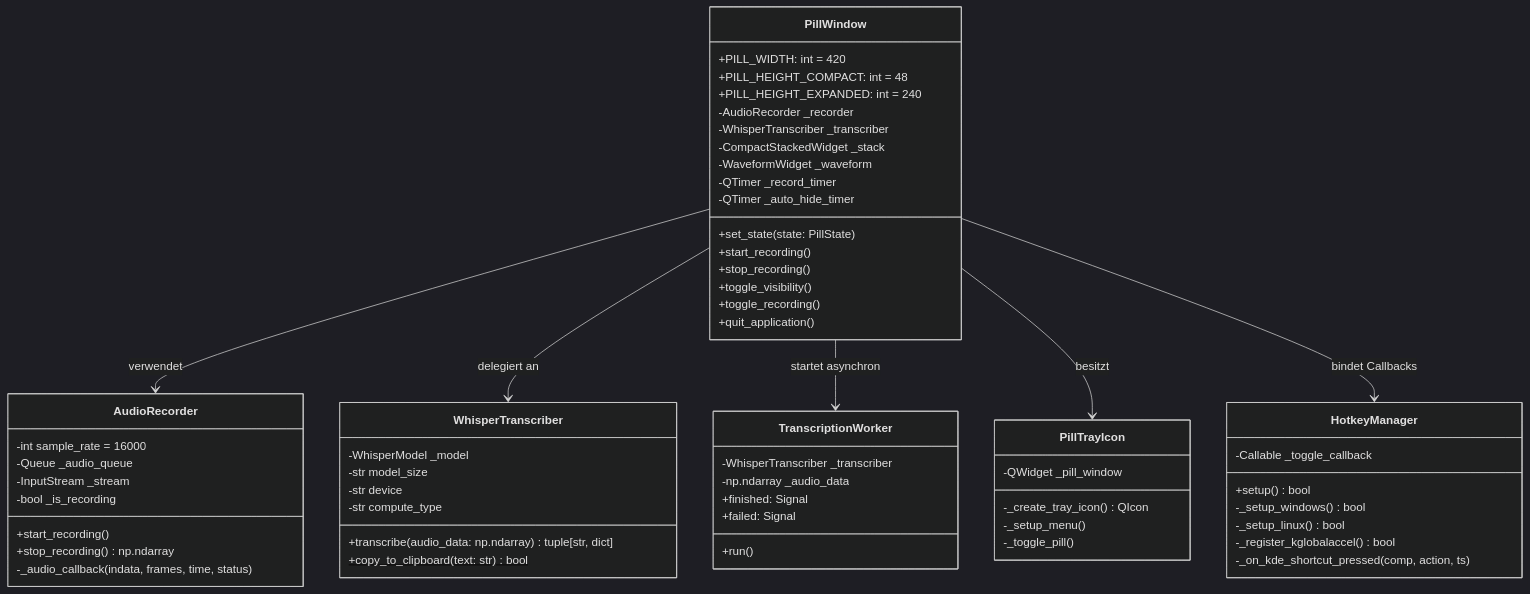
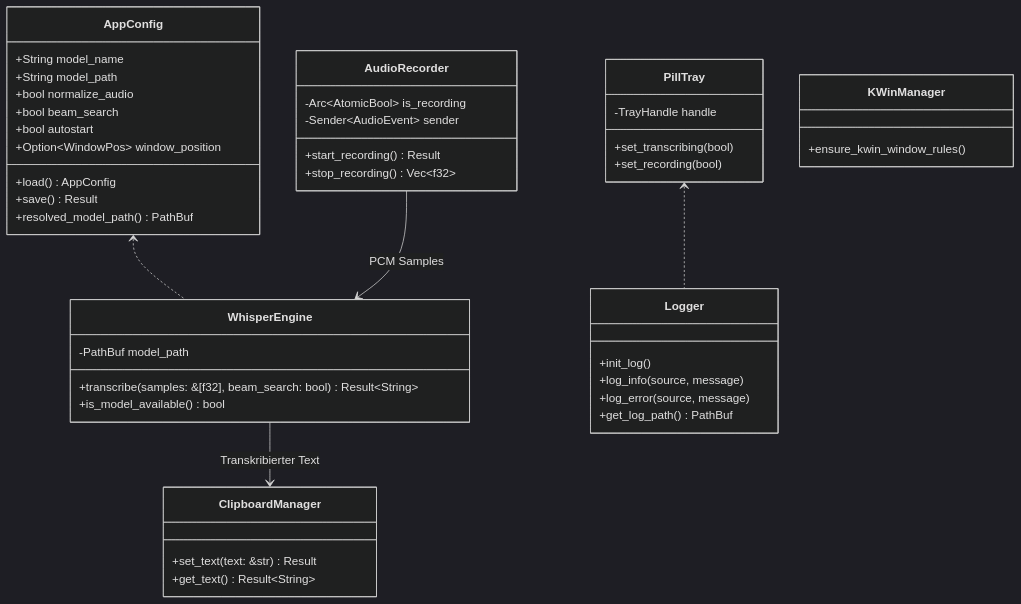
Before and after one commit to Sympa1/whisper_pill: the third of 4 diagrams in docs/architecture/technical_documentation.md, drawn with Mermaid (dark theme). The commit also changed other lines of this file and 39 other files, not shown here.

First line of the commit message:
feat(rust): Einstellungsdialog, Autostart, AppImage-Build, Hotkey-Isolierung & Dokumentation

````diff
--- a/docs/architecture/technical_documentation.md
+++ b/docs/architecture/technical_documentation.md
@@ -47,69 +73,54 @@
 ```mermaid
 classDiagram
-    class PillWindow {
-        +PILL_WIDTH: int = 420
-        +PILL_HEIGHT_COMPACT: int = 48
-        +PILL_HEIGHT_EXPANDED: int = 240
-        -AudioRecorder _recorder
-        -WhisperTranscriber _transcriber
-        -CompactStackedWidget _stack
-        -WaveformWidget _waveform
-        -QTimer _record_timer
-        -QTimer _auto_hide_timer
-        +set_state(state: PillState)
-        +start_recording()
-        +stop_recording()
-        +toggle_visibility()
-        +toggle_recording()
-        +quit_application()
+    class AppConfig {
+        +String model_name
+        +String model_path
+        +bool normalize_audio
+        +bool beam_search
+        +bool autostart
+        +Option~WindowPos~ window_position
+        +load() AppConfig
+        +save() Result
+        +resolved_model_path() PathBuf
     }
 
     class AudioRecorder {
-        -int sample_rate = 16000
-        -Queue _audio_queue
-        -InputStream _stream
-        -bool _is_recording
-        +start_recording()
-        +stop_recording() np.ndarray
-        -_audio_callback(indata, frames, time, status)
+        -Arc~AtomicBool~ is_recording
+        -Sender~AudioEvent~ sender
+        +start_recording() Result
+        +stop_recording() Vec~f32~
     }
 
-    class WhisperTranscriber {
-        -WhisperModel _model
-        -str model_size
-        -str device
-        -str compute_type
-        +transcribe(audio_data: np.ndarray) tuple[str, dict]
-        +copy_to_clipboard(text: str)$ bool
+    class WhisperEngine {
+        -PathBuf model_path
+        +transcribe(samples: &[f32], beam_search: bool) Result~String~
+        +is_model_available() bool
     }
 
-    class TranscriptionWorker {
-        -WhisperTranscriber _transcriber
-        -np.ndarray _audio_data
-        +run()
-        +finished: Signal
-        +failed: Signal
+    class PillTray {
+        -TrayHandle handle
+        +set_transcribing(bool)
+        +set_recording(bool)
     }
 
-    class HotkeyManager {
-        -Callable _toggle_callback
-        +setup() bool
-        -_setup_windows() bool
-        -_setup_linux() bool
-        -_register_kglobalaccel() bool
-        -_on_kde_shortcut_pressed(comp, action, ts)
+    class ClipboardManager {
+        +set_text(text: &str) Result
+        +get_text() Result~String~
     }
 
-    class PillTrayIcon {
-        -QWidget _pill_window
-        -_create_tray_icon() QIcon
-        -_setup_menu()
-        -_toggle_pill()
+    class KWinManager {
+        +ensure_kwin_window_rules()
     }
 
-    PillWindow --> AudioRecorder: verwendet
-    PillWindow --> WhisperTranscriber: delegiert an
-    PillWindow --> TranscriptionWorker: startet asynchron
-    PillWindow --> PillTrayIcon: besitzt
-    PillWindow --> HotkeyManager: bindet Callbacks
+    class Logger {
+        +init_log()
+        +log_info(source, message)
+        +log_error(source, message)
+        +get_log_path() PathBuf
+    }
+
+    AppConfig <.. WhisperEngine
+    AudioRecorder --> WhisperEngine : PCM Samples
+    WhisperEngine --> ClipboardManager : Transkribierter Text
+    PillTray <.. Logger
 ```
````
